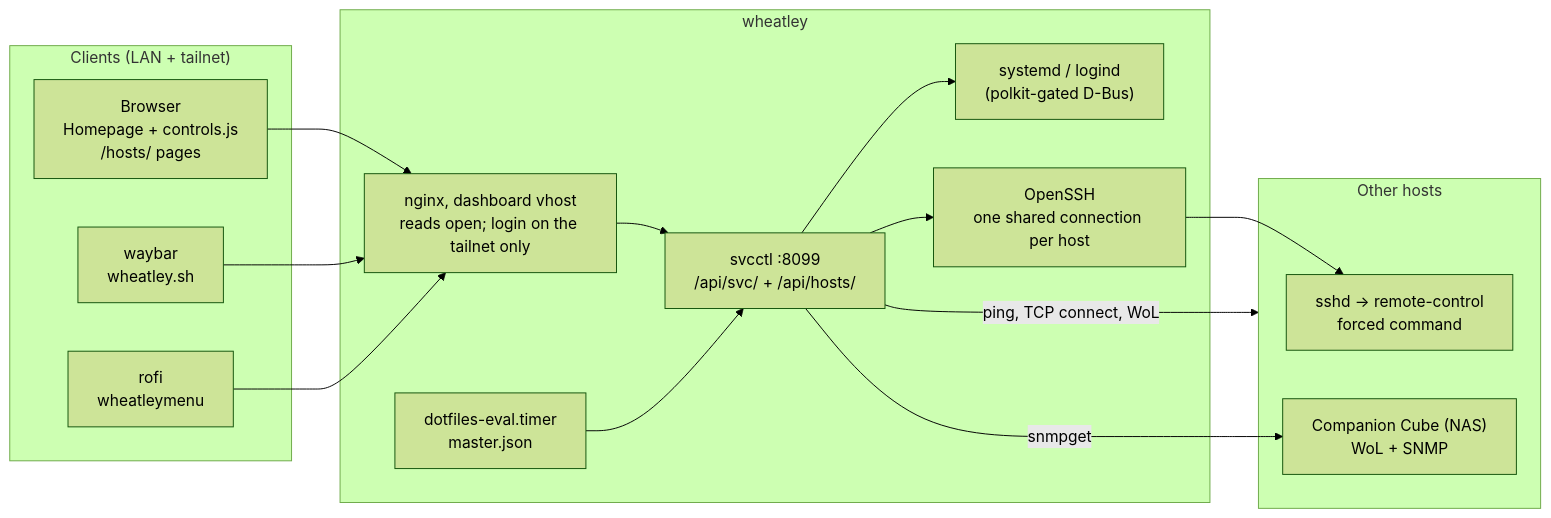
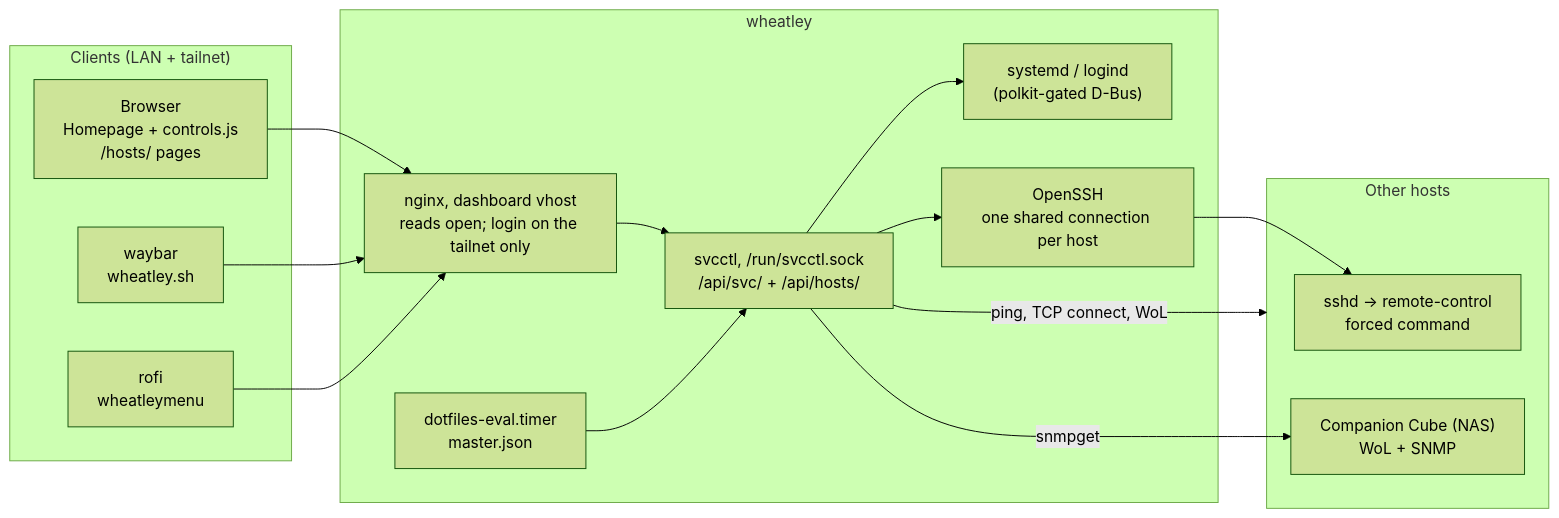
One commit to eliseuv/dotfiles changed the first of 2 diagrams in docs/svcctl.md. Above: the diagram before and after it, drawn with Mermaid (forest theme). The commit also changed other lines of this file and 3 other files, not shown here.

````diff
--- a/docs/svcctl.md
+++ b/docs/svcctl.md
@@ -37,25 +38,25 @@
 ```mermaid
 flowchart LR
   subgraph clients["Clients (LAN + tailnet)"]
     browser["Browser<br/>Homepage + controls.js<br/>/hosts/ pages"]
     waybar["waybar<br/>wheatley.sh"]
     rofi["rofi<br/>wheatleymenu"]
   end
   subgraph wheatley
     nginx["nginx, dashboard vhost<br/>reads open; login on the tailnet only"]
-    svcctl["svcctl :8099<br/>/api/svc/ + /api/hosts/"]
+    svcctl["svcctl, /run/svcctl.sock<br/>/api/svc/ + /api/hosts/"]
     systemd["systemd / logind<br/>(polkit-gated D-Bus)"]
     eval["dotfiles-eval.timer<br/>master.json"]
     ssh["OpenSSH<br/>one shared connection per host"]
   end
   subgraph targets["Other hosts"]
     dispatch["sshd → remote-control<br/>forced command"]
     nas["Companion Cube (NAS)<br/>WoL + SNMP"]
   end
   browser & waybar & rofi --> nginx --> svcctl
   svcctl --> systemd
   svcctl --> ssh --> dispatch
   svcctl -- "ping, TCP connect, WoL" --> targets
   svcctl -- snmpget --> nas
   eval --> svcctl
 ```
````
